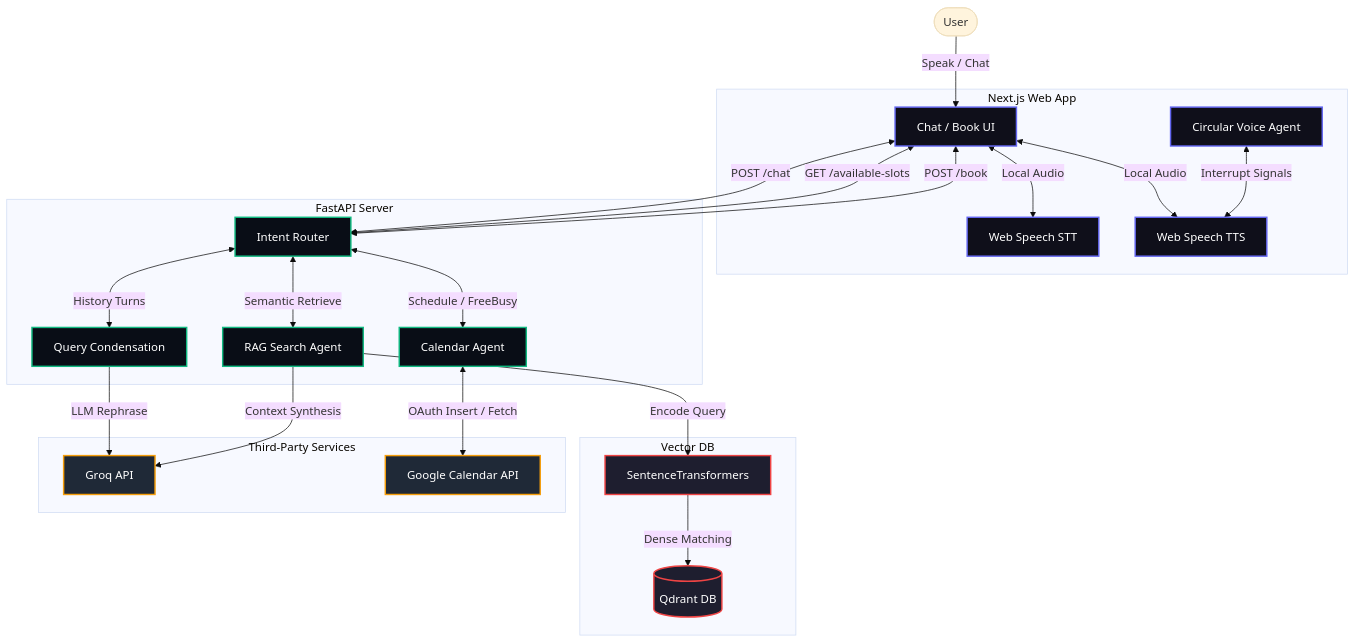
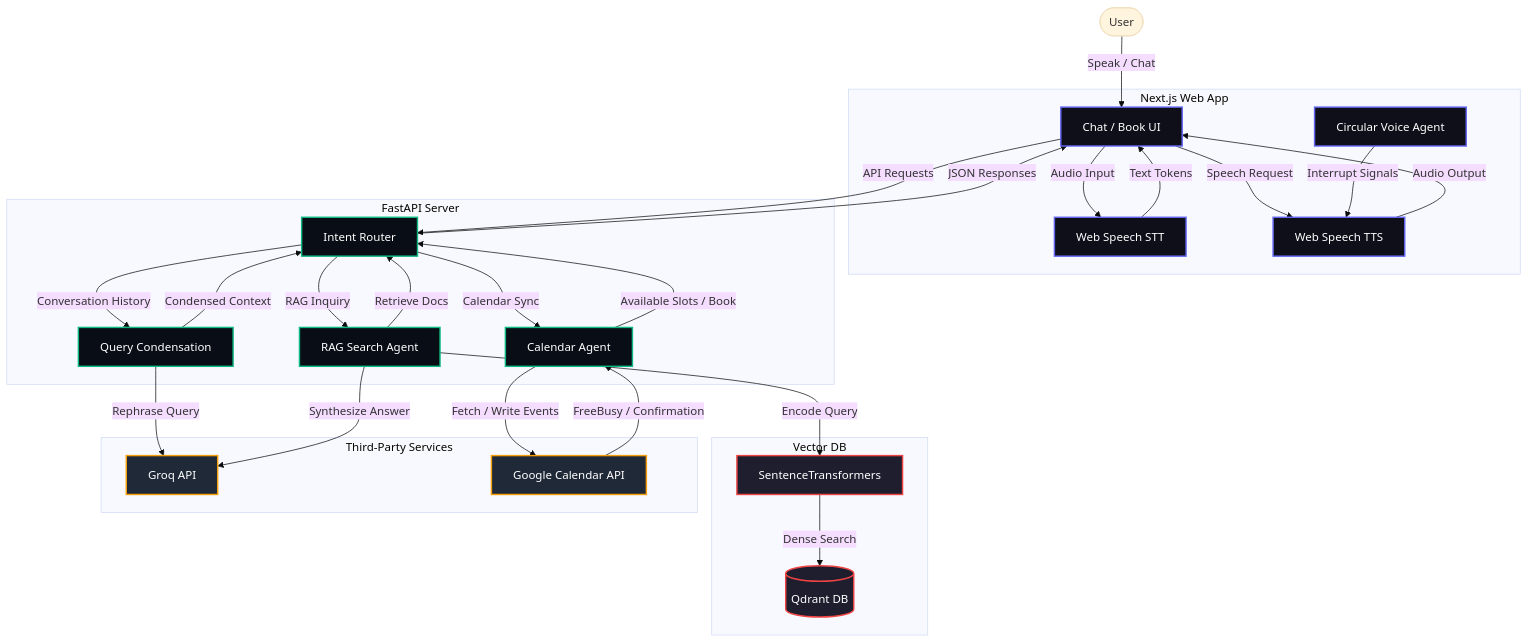
One commit to SHXZ7/personal_agent changed the diagram in README.md. Above: the diagram before and after it, drawn with Mermaid (base theme). The commit also changed 39 other files, not shown here.

Commit message:
Remove nested git repository from frontend, stage all files directly, and fix README Mermaid diagram rendering

````diff
--- a/README.md
+++ b/README.md
@@ -20,55 +20,63 @@
 ```mermaid
 graph TD
     %% Styling
     classDef client fill:#0f0f1a,stroke:#6366F1,stroke-width:2px,color:#fff;
     classDef api fill:#090d16,stroke:#10B981,stroke-width:2px,color:#fff;
     classDef data fill:#1e1e2f,stroke:#ef4444,stroke-width:2px,color:#fff;
     classDef external fill:#1f2937,stroke:#F59E0B,stroke-width:2px,color:#fff;
 
     %% Nodes
     User(["User"])
     
     subgraph Frontend ["Next.js Web App"]
         UI["Chat / Book UI"]:::client
         Voice["Circular Voice Agent"]:::client
         STT["Web Speech STT"]:::client
         TTS["Web Speech TTS"]:::client
     end
 
     subgraph Backend ["FastAPI Server"]
         Router["Intent Router"]:::api
         Memory["Query Condensation"]:::api
         RagTool["RAG Search Agent"]:::api
         CalTool["Calendar Agent"]:::api
     end
 
     subgraph Database ["Vector DB"]
         Qdrant[("Qdrant DB")]:::data
         Embed["SentenceTransformers"]:::data
     end
 
     subgraph ThirdParty ["Third-Party Services"]
         Groq["Groq API"]:::external
         GCal["Google Calendar API"]:::external
     end
 
     %% Routing
     User -->|Speak / Chat| UI
-    UI <-->|Local Audio| STT & TTS
-    Voice <-->|Interrupt Signals| TTS
     
-    UI <-->|POST /chat| Router
-    UI <-->|GET /available-slots| Router
-    UI <-->|POST /book| Router
+    UI -->|Audio Input| STT
+    STT -->|Text Tokens| UI
+    UI -->|Speech Request| TTS
+    TTS -->|Audio Output| UI
+    
+    Voice -->|Interrupt Signals| TTS
+    
+    UI -->|API Requests| Router
+    Router -->|JSON Responses| UI
 
-    Router <-->|History Turns| Memory
-    Memory -->|LLM Rephrase| Groq
+    Router -->|Conversation History| Memory
+    Memory -->|Condensed Context| Router
+    Memory -->|Rephrase Query| Groq
     
-    Router <-->|Semantic Retrieve| RagTool
+    Router -->|RAG Inquiry| RagTool
+    RagTool -->|Retrieve Docs| Router
     RagTool -->|Encode Query| Embed
-    Embed -->|Dense Matching| Qdrant
-    RagTool -->|Context Synthesis| Groq
+    Embed -->|Dense Search| Qdrant
+    RagTool -->|Synthesize Answer| Groq
     
-    Router <-->|Schedule / FreeBusy| CalTool
-    CalTool <-->|OAuth Insert / Fetch| GCal
+    Router -->|Calendar Sync| CalTool
+    CalTool -->|Available Slots / Book| Router
+    CalTool -->|Fetch / Write Events| GCal
+    GCal -->|FreeBusy / Confirmation| CalTool
 ```
````
